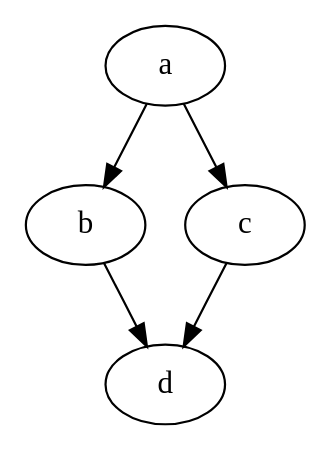
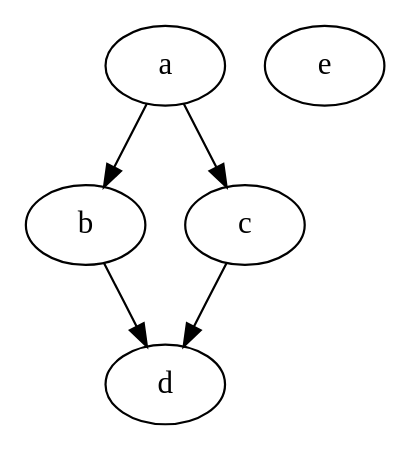
One commit to pbangia/ParallelTaskScheduler changed the diagram in src/main/resources/input.dot. Above: the diagram before and after it, drawn with Graphviz. The commit also changed 17 other files, not shown here.

```diff
--- a/src/main/resources/input.dot
+++ b/src/main/resources/input.dot
@@ -1,10 +1,11 @@
 digraph "example" {
     a [Weight=2];
     b [Weight=3];
+    e [Weight=9];
     a -> b [Weight=1];
     c [Weight=3];
     a -> c [Weight=2];
     d [Weight=2];
     b -> d [Weight=2];
     c -> d [Weight=1];
 }
```
